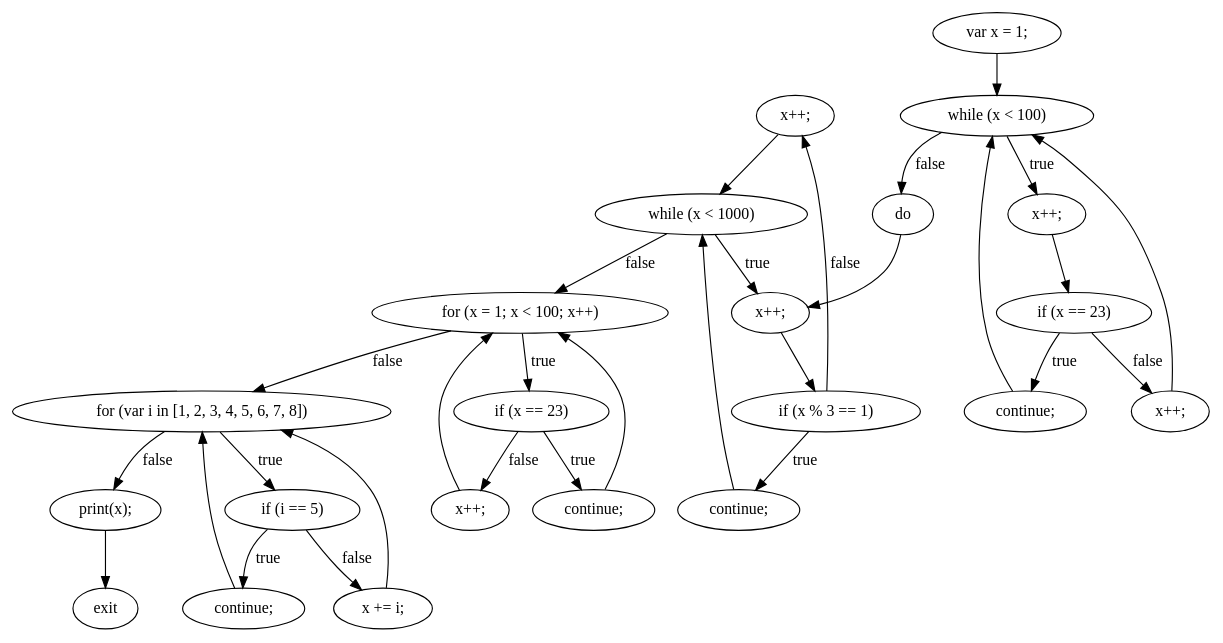
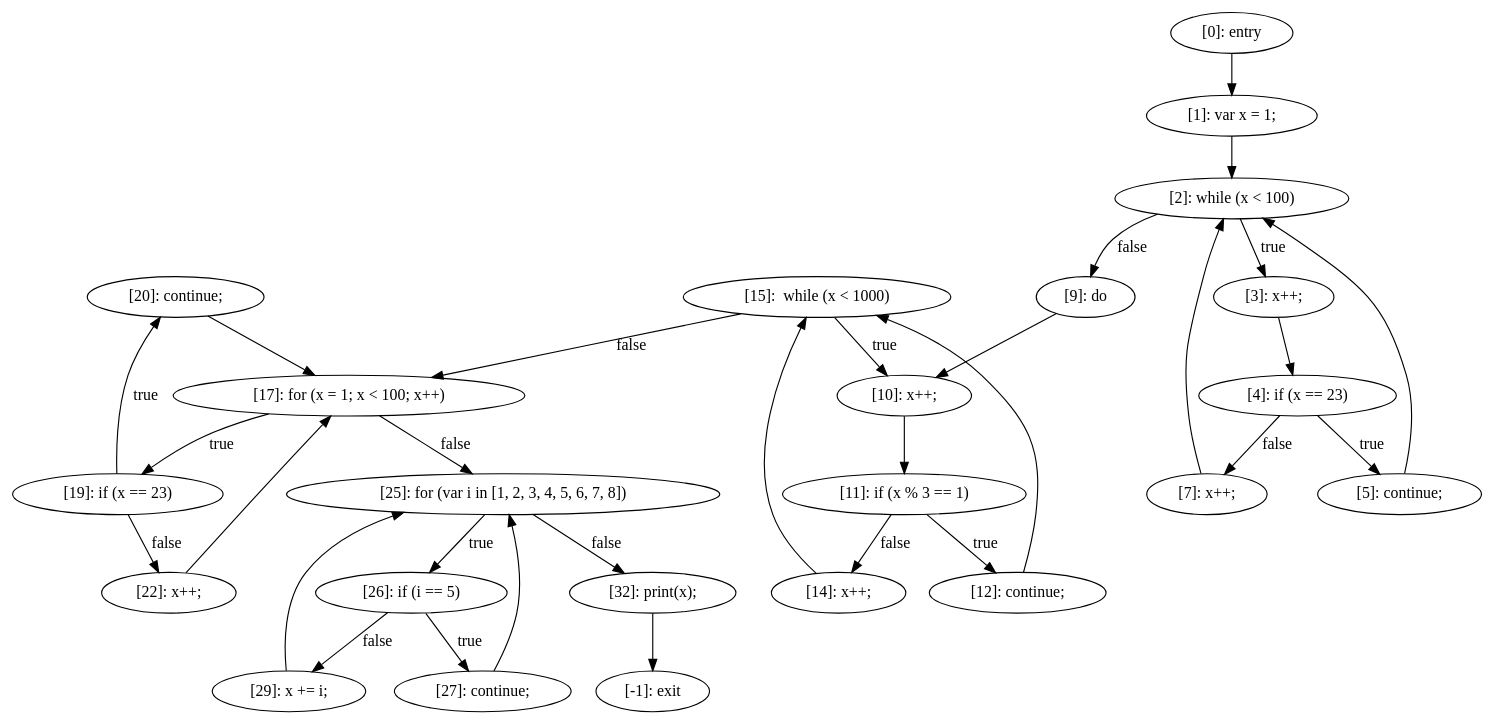
One commit to Shoreray/JsRetest changed the diagram in JsRetest/jsTests/dotFiles/testContinue.js.0.dot. Above: the diagram before and after it, drawn with Graphviz. The commit also changed 236 other files, not shown here.

```diff
--- a/JsRetest/jsTests/dotFiles/testContinue.js.0.dot
+++ b/JsRetest/jsTests/dotFiles/testContinue.js.0.dot
@@ -1,53 +1,55 @@
 digraph {
-"0" [label="x++;\n"] 
-"1" [label="x++;\n"] 
-"2" [label="x++;\n"] 
-"3" [label="for (var i in [1, 2, 3, 4, 5, 6, 7, 8]) "] 
-"4" [label="print(x);\n"] 
-"5" [label="if (i == 5) "] 
-"6" [label="if (x % 3 == 1) "] 
-"7" [label="continue;\n"] 
-"8" [label="if (x == 23) "] 
-"9" [label="x++;\n"] 
-"10" [label="exit"] 
-"11" [label="x++;\n"] 
-"12" [label="continue;\n"] 
-"13" [label="var x = 1;\n"] 
-"14" [label="continue;\n"] 
-"15" [label="while (x < 100) "] 
-"16" [label="x += i;\n"] 
-"17" [label="continue;\n"] 
-"18" [label="do "] 
-"19" [label="if (x == 23) "] 
-"20" [label="for (x = 1; x < 100; x++) "] 
-"21" [label=" while (x < 1000) "] 
-"0" -> "21" [label=""] 
-"1" -> "6" [label=""] 
-"2" -> "8" [label=""] 
-"3" -> "4" [label="false"] 
-"3" -> "5" [label="true"] 
-"4" -> "10" [label=""] 
-"5" -> "7" [label="true"] 
-"5" -> "16" [label="false"] 
-"6" -> "17" [label="true"] 
-"6" -> "0" [label="false"] 
-"7" -> "3" [label=""] 
-"8" -> "12" [label="true"] 
-"8" -> "11" [label="false"] 
-"9" -> "20" [label=""] 
-"11" -> "15" [label=""] 
-"12" -> "15" [label=""] 
-"13" -> "15" [label=""] 
-"14" -> "20" [label=""] 
-"15" -> "18" [label="false"] 
-"15" -> "2" [label="true"] 
-"16" -> "3" [label=""] 
-"17" -> "21" [label=""] 
-"18" -> "1" [label=""] 
-"19" -> "14" [label="true"] 
-"19" -> "9" [label="false"] 
-"20" -> "3" [label="false"] 
-"20" -> "19" [label="true"] 
-"21" -> "20" [label="false"] 
-"21" -> "1" [label="true"] 
+"0" [label="[20]: continue;\n"] 
+"1" [label="[12]: continue;\n"] 
+"2" [label="[10]: x++;\n"] 
+"3" [label="[29]: x += i;\n"] 
+"4" [label="[26]: if (i == 5) "] 
+"5" [label="[0]: entry"] 
+"6" [label="[27]: continue;\n"] 
+"7" [label="[32]: print(x);\n"] 
+"8" [label="[15]:  while (x < 1000) "] 
+"9" [label="[-1]: exit"] 
+"10" [label="[9]: do "] 
+"11" [label="[22]: x++;\n"] 
+"12" [label="[14]: x++;\n"] 
+"13" [label="[11]: if (x % 3 == 1) "] 
+"14" [label="[7]: x++;\n"] 
+"15" [label="[25]: for (var i in [1, 2, 3, 4, 5, 6, 7, 8]) "] 
+"16" [label="[19]: if (x == 23) "] 
+"17" [label="[4]: if (x == 23) "] 
+"18" [label="[17]: for (x = 1; x < 100; x++) "] 
+"19" [label="[3]: x++;\n"] 
+"20" [label="[1]: var x = 1;\n"] 
+"21" [label="[2]: while (x < 100) "] 
+"22" [label="[5]: continue;\n"] 
+"0" -> "18" [label=""] 
+"1" -> "8" [label=""] 
+"2" -> "13" [label=""] 
+"3" -> "15" [label=""] 
+"4" -> "6" [label="true"] 
+"4" -> "3" [label="false"] 
+"5" -> "20" [label=""] 
+"6" -> "15" [label=""] 
+"7" -> "9" [label=""] 
+"8" -> "18" [label="false"] 
+"8" -> "2" [label="true"] 
+"10" -> "2" [label=""] 
+"11" -> "18" [label=""] 
+"12" -> "8" [label=""] 
+"13" -> "1" [label="true"] 
+"13" -> "12" [label="false"] 
+"14" -> "21" [label=""] 
+"15" -> "7" [label="false"] 
+"15" -> "4" [label="true"] 
+"16" -> "0" [label="true"] 
+"16" -> "11" [label="false"] 
+"17" -> "22" [label="true"] 
+"17" -> "14" [label="false"] 
+"18" -> "15" [label="false"] 
+"18" -> "16" [label="true"] 
+"19" -> "17" [label=""] 
+"20" -> "21" [label=""] 
+"21" -> "10" [label="false"] 
+"21" -> "19" [label="true"] 
+"22" -> "21" [label=""] 
 }
```
